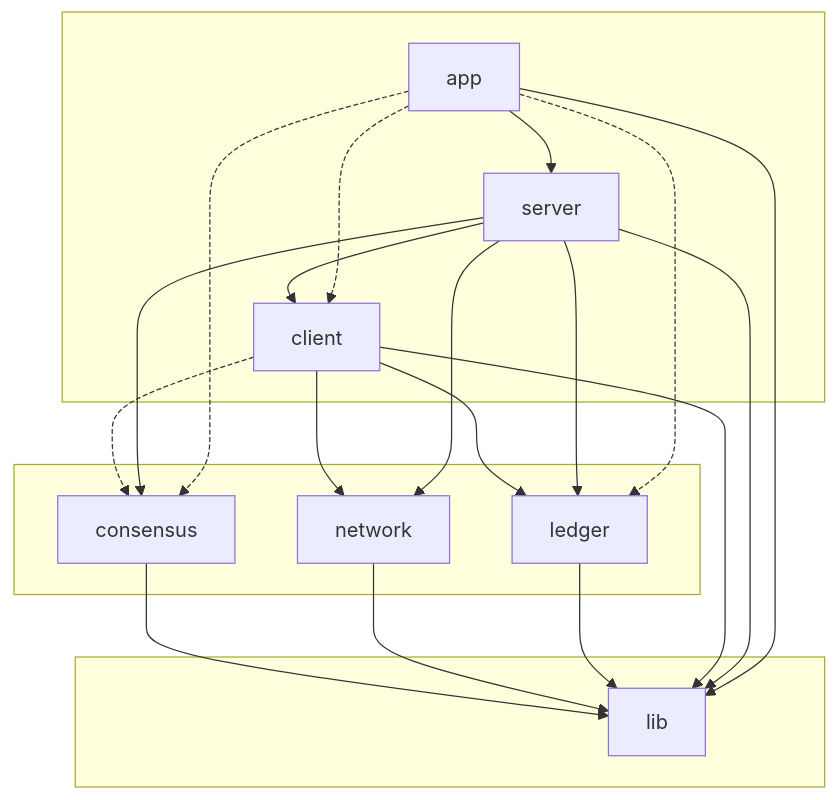
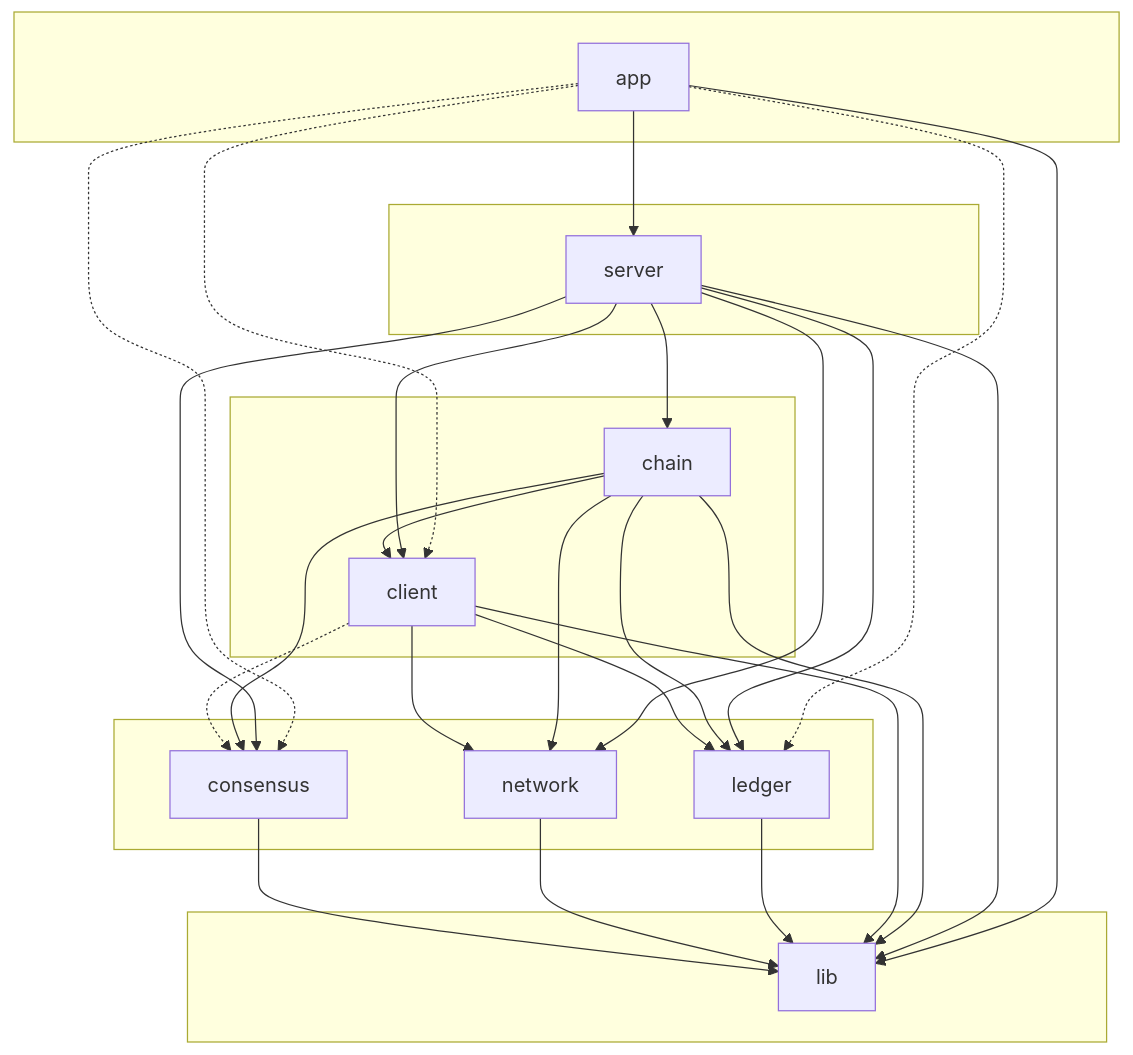
Before and after one commit to people-post/pp-ledger: the diagram in docs/folder-dependency-graph.md, drawn with Mermaid. The commit also changed other lines of this file and 28 other files, not shown here.

````diff
--- a/docs/folder-dependency-graph.md
+++ b/docs/folder-dependency-graph.md
@@ -7,44 +7,53 @@
 ```mermaid
 flowchart TD
     subgraph base[" "]
         lib["lib"]
     end
 
     subgraph core[" "]
         consensus["consensus"]
         network["network"]
         ledger["ledger"]
     end
 
+    subgraph services[" "]
+        client["client"]
+        chain["chain"]
+    end
+
+    subgraph servers[" "]
+        server["server"]
+    end
+
     subgraph apps[" "]
-        client["client"]
-        server["server"]
         app["app"]
     end
 
     consensus --> lib
     network --> lib
     ledger --> lib
 
     client --> lib
     client --> ledger
     client --> network
     client -.-> consensus
 
+    chain --> lib
+    chain --> ledger
+    chain --> client
+    chain --> consensus
+    chain --> network
+
     server --> lib
     server --> ledger
     server --> client
     server --> consensus
     server --> network
+    server --> chain
 
     app --> lib
     app --> server
     app -.-> client
     app -.-> ledger
     app -.-> consensus
-
-    linkStyle 6 stroke-dasharray: 4 2
-    linkStyle 14 stroke-dasharray: 4 2
-    linkStyle 15 stroke-dasharray: 4 2
-    linkStyle 16 stroke-dasharray: 4 2
 ```
````
